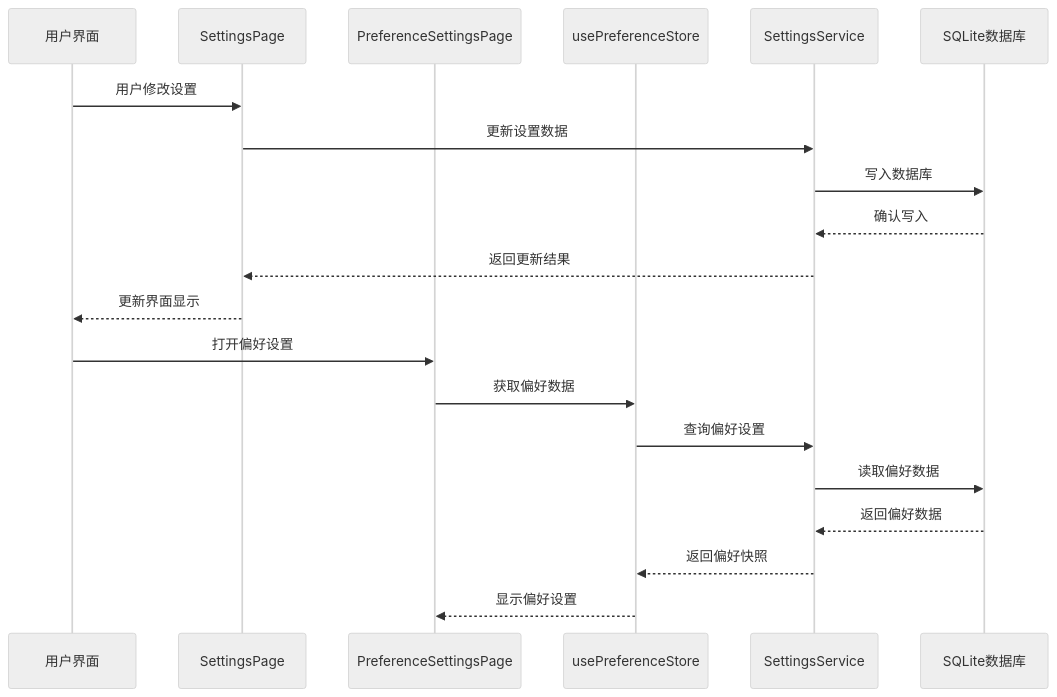
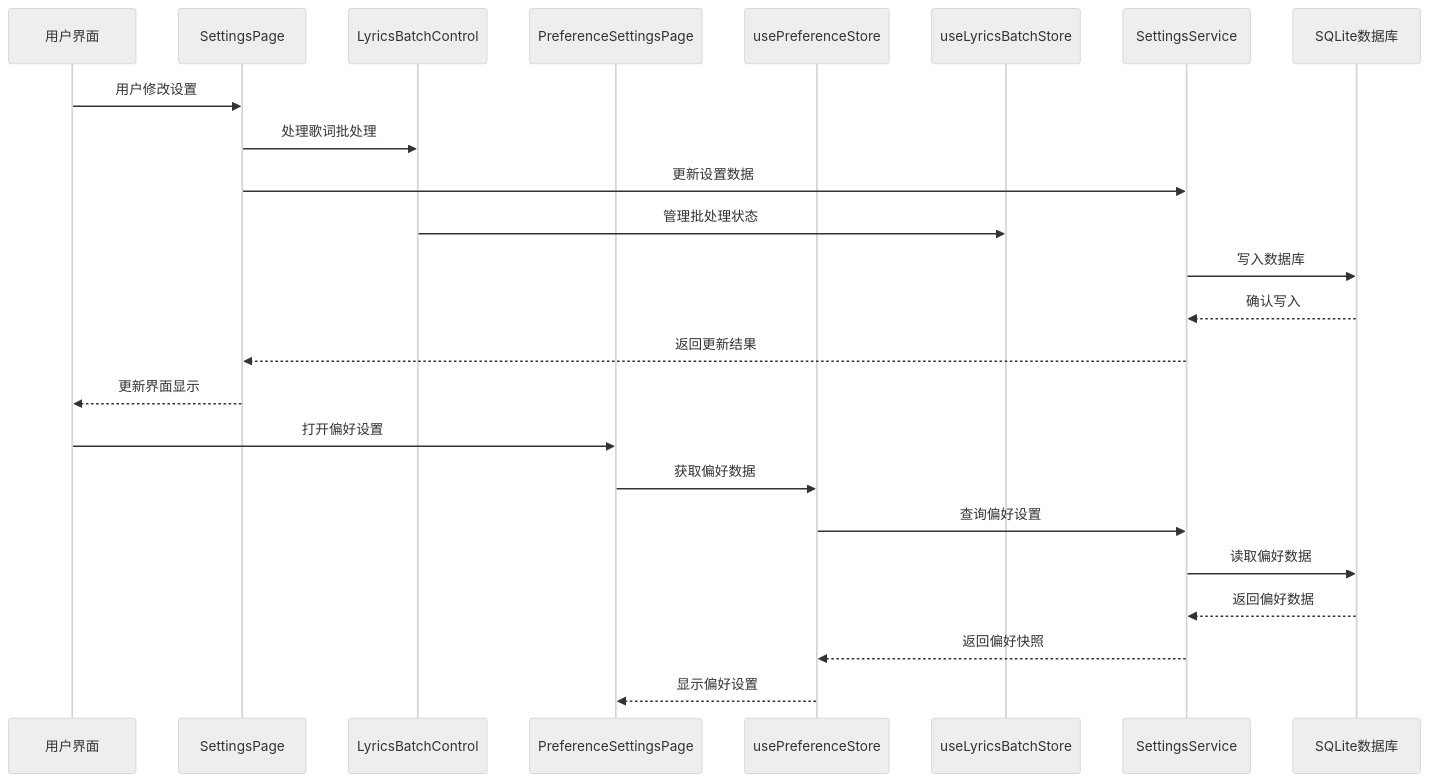
The second of 13 diagrams in .qoder/repowiki/zh/content/用户界面/页面设计/专用页面组件/设置页面.md (SeakyLuo/SMPlayerElectron), drawn with Mermaid (neutral theme) before and after one commit. The commit also changed other lines of this file and 13 other files, not shown here.

````diff
--- a/.qoder/repowiki/zh/content/用户界面/页面设计/专用页面组件/设置页面.md
+++ b/.qoder/repowiki/zh/content/用户界面/页面设计/专用页面组件/设置页面.md
@@ -110,22 +136,26 @@
 ```mermaid
 sequenceDiagram
 participant UI as 用户界面
 participant SP as SettingsPage
+participant LBC as LyricsBatchControl
 participant PS as PreferenceSettingsPage
 participant UPS as usePreferenceStore
+participant ULBS as useLyricsBatchStore
 participant SS as SettingsService
 participant DB as SQLite数据库
 UI->>SP : 用户修改设置
+SP->>LBC : 处理歌词批处理
 SP->>SS : 更新设置数据
+LBC->>ULBS : 管理批处理状态
 SS->>DB : 写入数据库
 DB-->>SS : 确认写入
 SS-->>SP : 返回更新结果
 SP-->>UI : 更新界面显示
 UI->>PS : 打开偏好设置
 PS->>UPS : 获取偏好数据
 UPS->>SS : 查询偏好设置
 SS->>DB : 读取偏好数据
 DB-->>SS : 返回偏好数据
 SS-->>UPS : 返回偏好快照
 UPS-->>PS : 显示偏好设置
 ```
````
